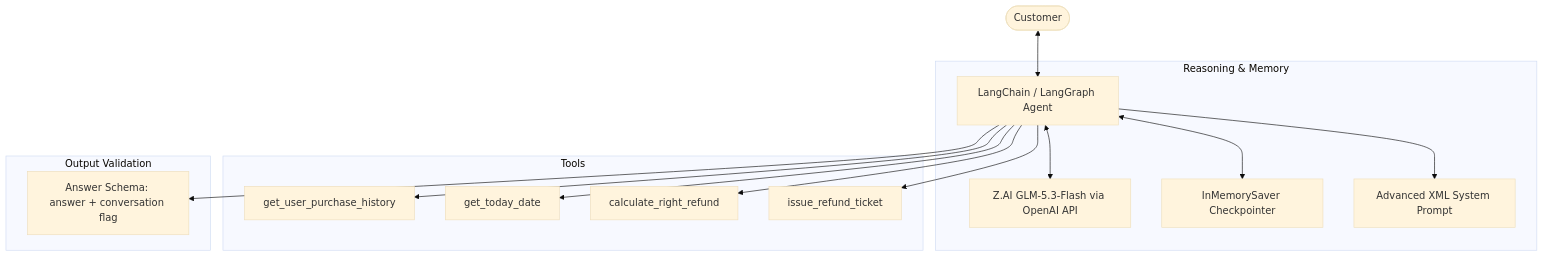
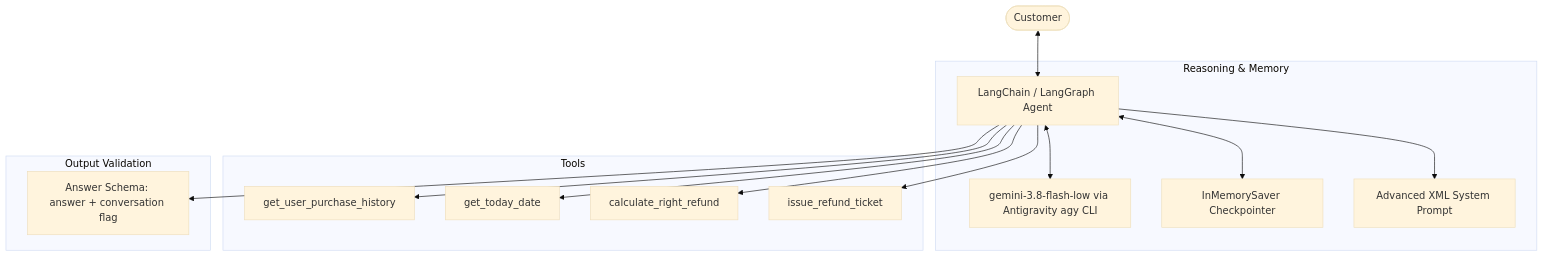
Before and after one commit to Zeeshanx186/Langchain_Agent_Evaluation: the diagram in README.md, drawn with Mermaid (base theme). The commit also changed other lines of this file and 5 other files, not shown here.

````diff
--- a/README.md
+++ b/README.md
@@ -9,21 +9,21 @@
 ```mermaid
 flowchart TD
     User([Customer]) <--> Agent[LangChain / LangGraph Agent]
   
     subgraph Reasoning & Memory
-        Agent <--> LLM[Z.AI GLM-5.3-Flash via OpenAI API]
+        Agent <--> LLM[gemini-3.8-flash-low via Antigravity agy CLI]
         Agent <--> Memory[InMemorySaver Checkpointer]
         Agent --> Prompt[Advanced XML System Prompt]
     end
 
     subgraph Tools
         Agent --> Tool1[get_user_purchase_history]
         Agent --> Tool2[get_today_date]
         Agent --> Tool3[calculate_right_refund]
         Agent --> Tool4[issue_refund_ticket]
     end
 
     subgraph Output Validation
         Agent --> Answer[Answer Schema: answer + conversation flag]
     end
 ```
````
